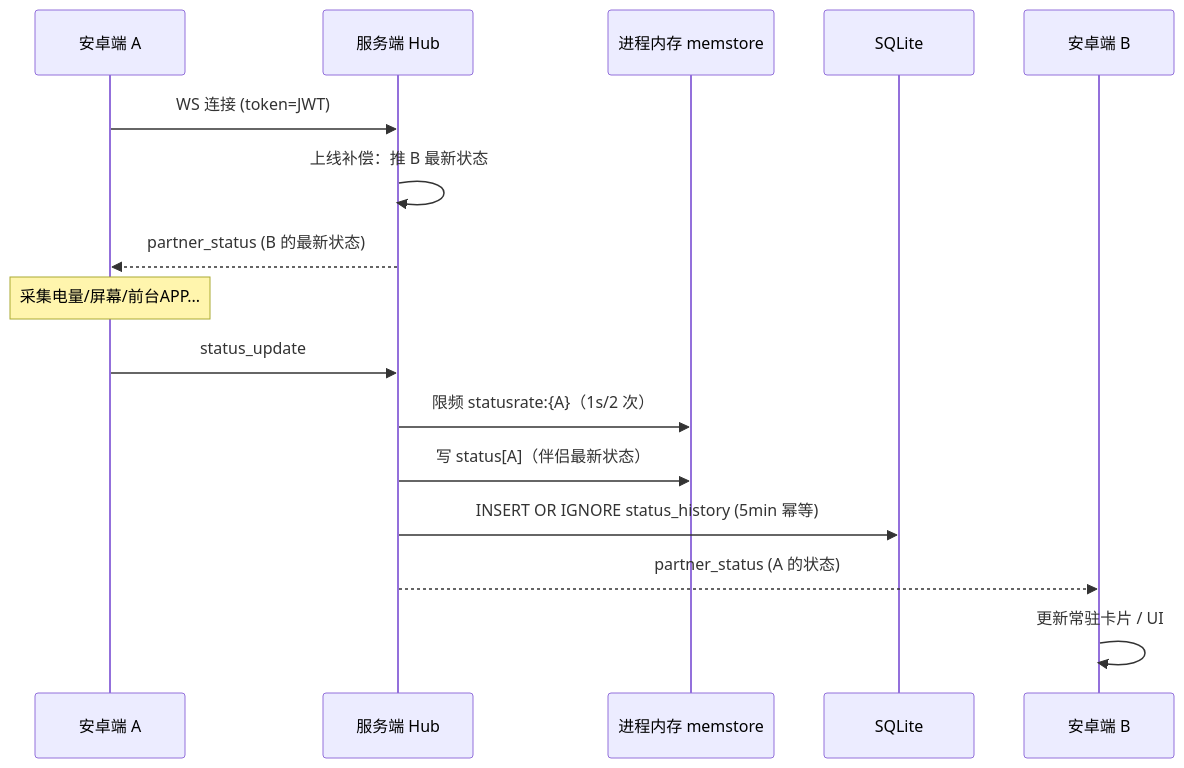
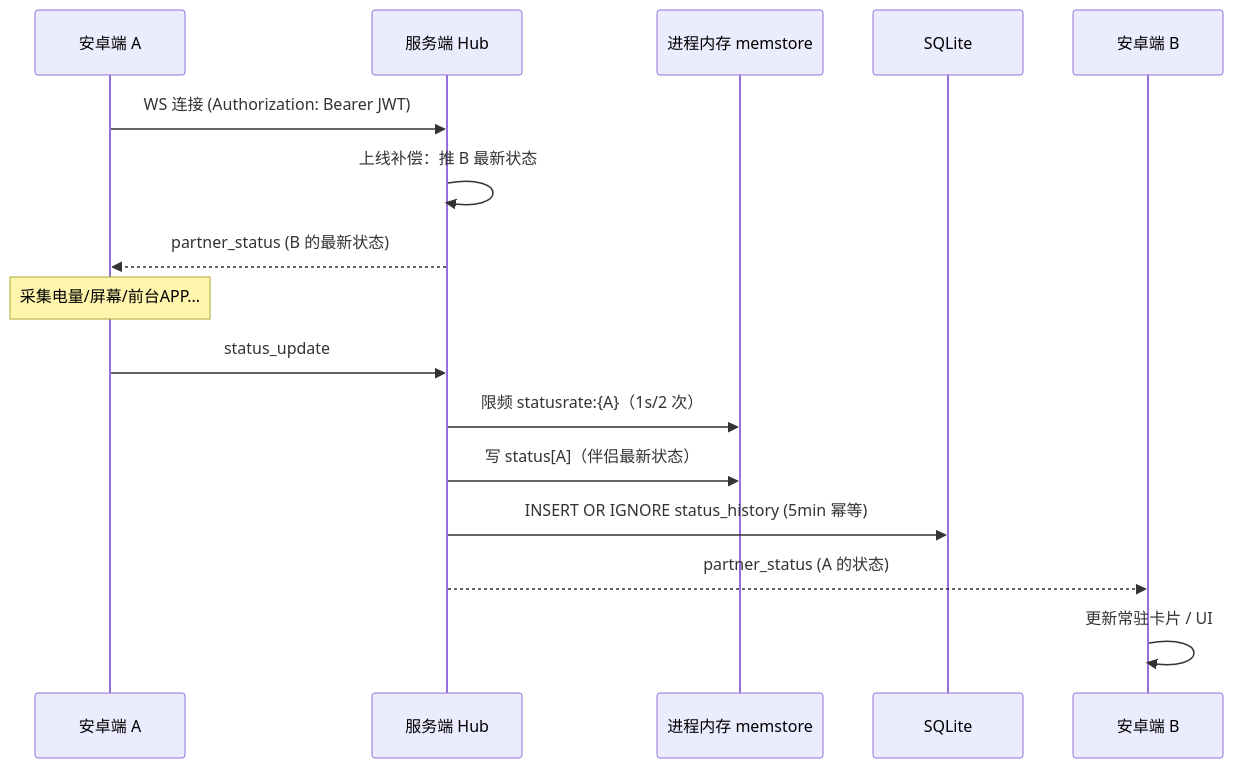
The fifth of 10 diagrams in ARCHITECTURE.md (Lxii-Build/LxDay), drawn with Mermaid before and after one commit. The commit also changed other lines of this file and 73 other files, not shown here.

First line of the commit message:
fix: 全面修复图片安全与服务稳定性问题

````diff
--- a/ARCHITECTURE.md
+++ b/ARCHITECTURE.md
@@ -491,19 +491,19 @@
 ```mermaid
 sequenceDiagram
     participant A as 安卓端 A
     participant WS as 服务端 Hub
     participant R as 进程内存 memstore
     participant M as SQLite
     participant B as 安卓端 B
 
-    A->>WS: WS 连接 (token=JWT)
+     A->>WS: WS 连接 (Authorization: Bearer JWT)
     WS->>WS: 上线补偿：推 B 最新状态
     WS-->>A: partner_status (B 的最新状态)
     Note over A: 采集电量/屏幕/前台APP...
     A->>WS: status_update
     WS->>R: 限频 statusrate:{A}（1s/2 次）
     WS->>R: 写 status[A]（伴侣最新状态）
     WS->>M: INSERT OR IGNORE status_history (5min 幂等)
     WS-->>B: partner_status (A 的状态)
     B->>B: 更新常驻卡片 / UI
 ```
````
